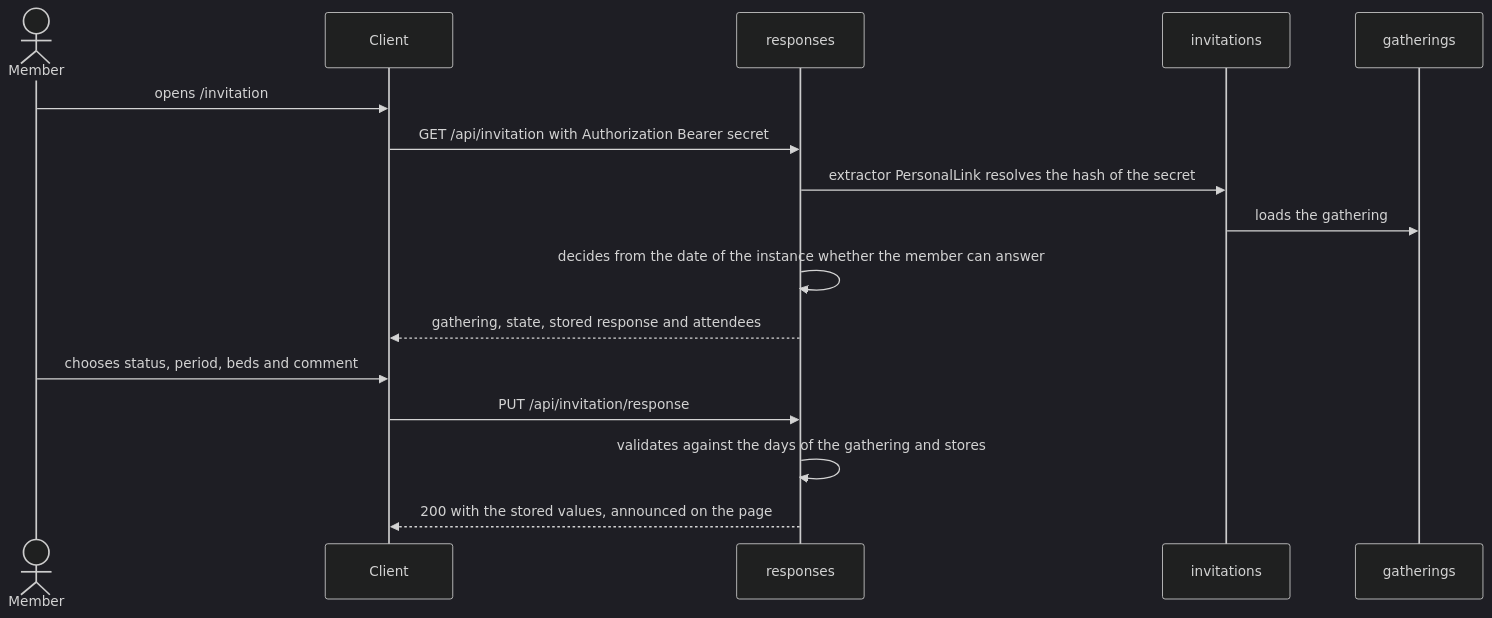
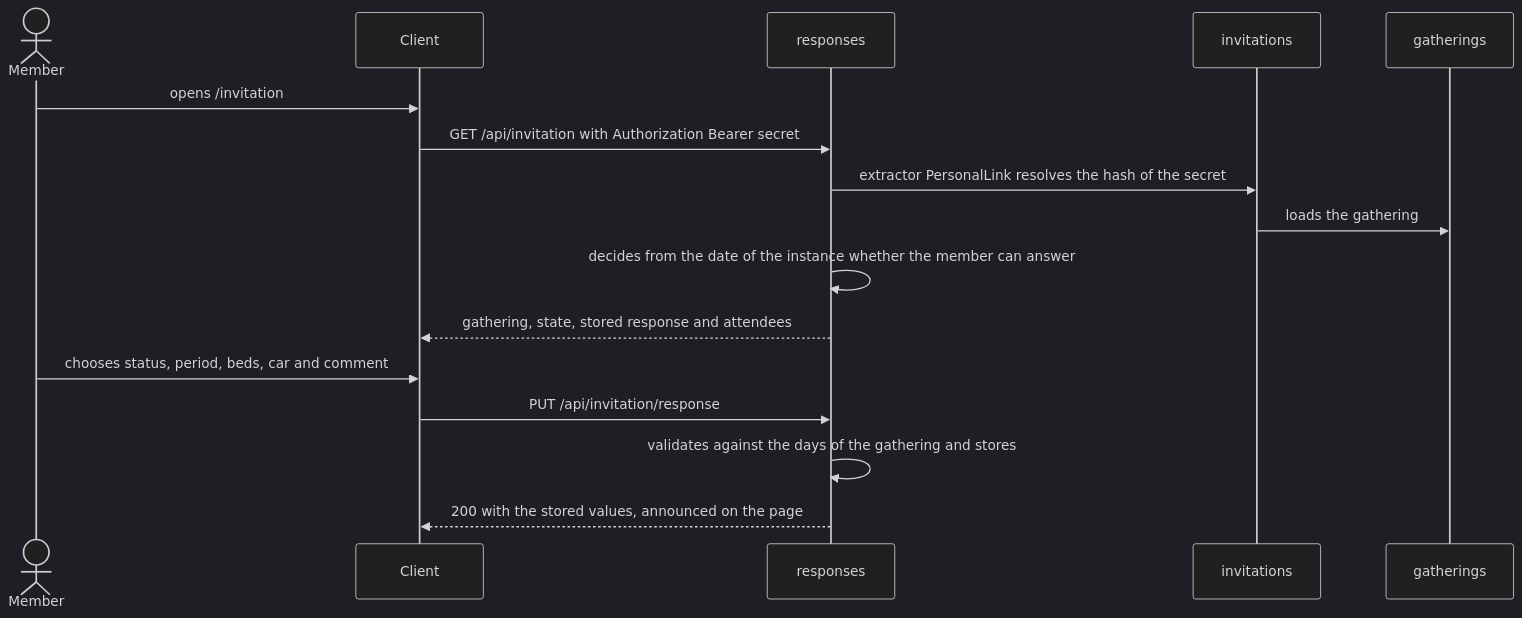
The third of 5 diagrams in docs/arc42/06-runtime-view.md (kammerchor-wernigerode/adunata), drawn with Mermaid (dark theme) before and after one commit. The commit also changed 2 other files, not shown here.

Commit message:
Name car of responses in architecture docs

````diff
--- a/docs/arc42/06-runtime-view.md
+++ b/docs/arc42/06-runtime-view.md
@@ -75,18 +75,18 @@
 ```mermaid
 sequenceDiagram
   actor Member
   participant Client
   participant responses
   participant invitations
   participant gatherings
   Member->>Client: opens /invitation#secret
   Client->>responses: GET /api/invitation with Authorization Bearer secret
   responses->>invitations: extractor PersonalLink resolves the hash of the secret
   invitations->>gatherings: loads the gathering
   responses->>responses: decides from the date of the instance whether the member can answer
   responses-->>Client: gathering, state, stored response and attendees
-  Member->>Client: chooses status, period, beds and comment
+  Member->>Client: chooses status, period, beds, car and comment
   Client->>responses: PUT /api/invitation/response
   responses->>responses: validates against the days of the gathering and stores
   responses-->>Client: 200 with the stored values, announced on the page
 ```
````
